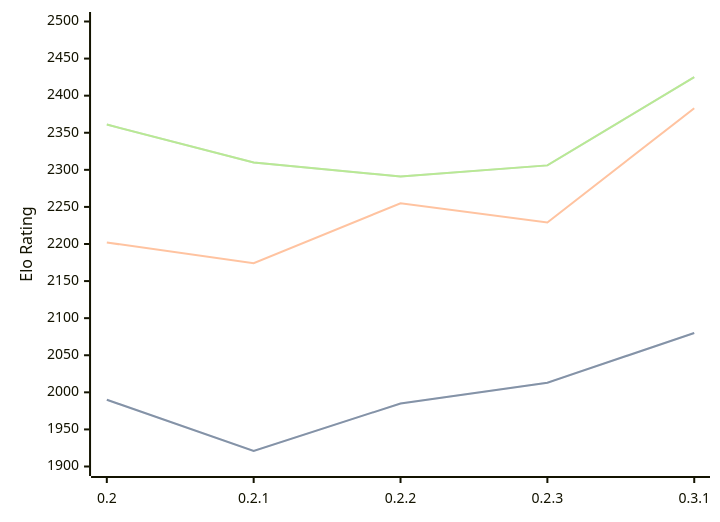
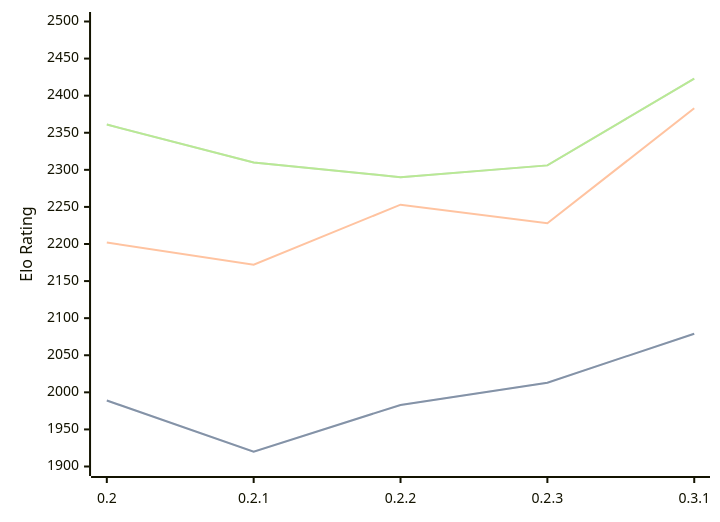
One commit to computer-chess-index/cci changed the first of 3 diagrams in engines/Lolbot.md. Above: the diagram before and after it, drawn with Mermaid. The commit also changed other lines of this file, not shown here.

Commit message:
Update CCI Ratings (ELO VLTC) - 2026-06-27

````diff
--- a/engines/Lolbot.md
+++ b/engines/Lolbot.md
@@ -36,11 +36,11 @@
 ```mermaid
 %%{init: {"theme":"base","themeVariables":{"seriesColors:['#a3a3a3','#222221','#faa371']}}}%%
 xychart-beta
   x-axis ["0.2", "0.2.1", "0.2.2", "0.2.3", "0.3.1"]
   y-axis "Elo Rating" 1900 --> 2500
-  line "STC (8.0+0.08s)" [1990, 1921, 1985, 2013, 2080]
-  line "STC (8.0+0.08s)" [1990, 1921, 1985, 2013, 2080]
-  line "LTC (60.0+0.60s)" [2202, 2174, 2255, 2229, 2383]
-  line "VLTC (2m24s+1.12s)" [2361, 2310, 2291, 2306, 2425]
-  line "VLTC (2m24s+1.12s)" [2361, 2310, 2291, 2306, 2425]
+  line "STC (8.0+0.08s)" [1989, 1920, 1983, 2013, 2079]
+  line "STC (8.0+0.08s)" [1989, 1920, 1983, 2013, 2079]
+  line "LTC (60.0+0.60s)" [2202, 2172, 2253, 2228, 2383]
+  line "VLTC (2m24s+1.12s)" [2361, 2310, 2290, 2306, 2423]
+  line "VLTC (2m24s+1.12s)" [2361, 2310, 2290, 2306, 2423]
 ```
````
